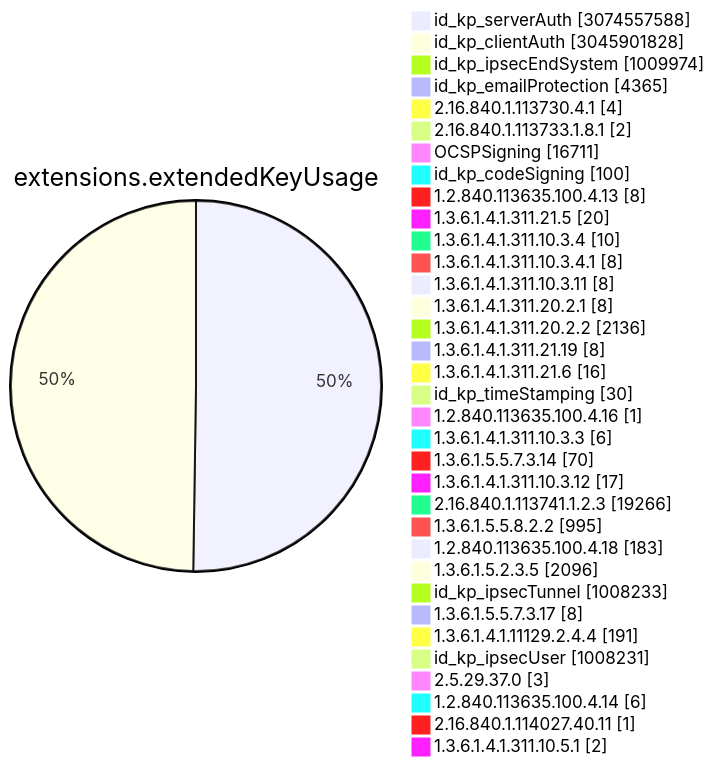
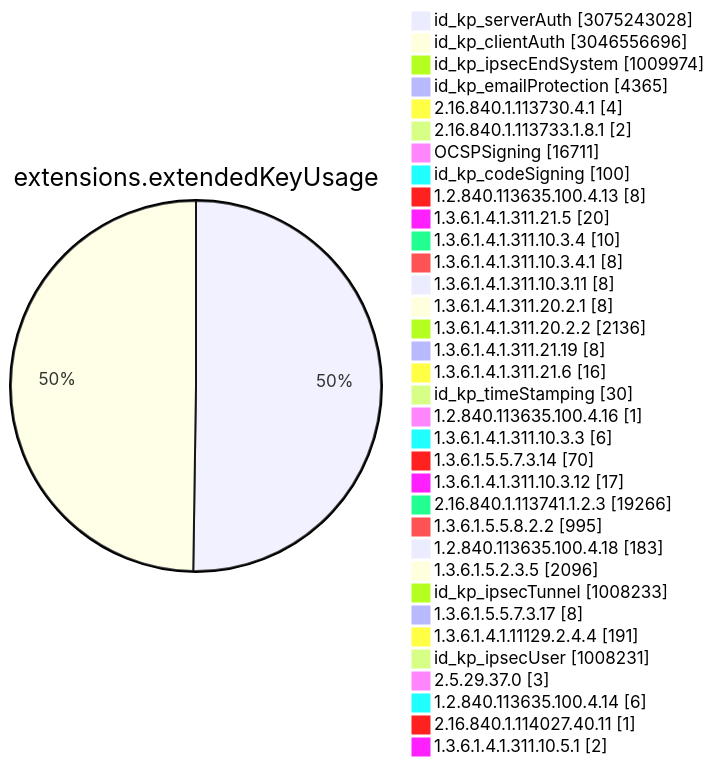
Before and after one commit to christiankrug/ctmonitor_visualization: diagram 11 of 15 in TOTAL/README.md, drawn with Mermaid. The commit also changed other lines of this file, not shown here.

````diff
--- a/TOTAL/README.md
+++ b/TOTAL/README.md
@@ -4117,38 +4117,38 @@
 ```mermaid
 pie showData
 title extensions.extendedKeyUsage
-"id_kp_serverAuth" :3074557588
-"id_kp_clientAuth" :3045901828
+"id_kp_serverAuth" :3075243028
+"id_kp_clientAuth" :3046556696
 "id_kp_ipsecEndSystem" :1009974
 "id_kp_emailProtection" :4365
 "2.16.840.1.113730.4.1" :4
 "2.16.840.1.113733.1.8.1" :2
 "OCSPSigning" :16711
 "id_kp_codeSigning" :100
 "1.2.840.113635.100.4.13" :8
 "1.3.6.1.4.1.311.21.5" :20
 "1.3.6.1.4.1.311.10.3.4" :10
 "1.3.6.1.4.1.311.10.3.4.1" :8
 "1.3.6.1.4.1.311.10.3.11" :8
 "1.3.6.1.4.1.311.20.2.1" :8
 "1.3.6.1.4.1.311.20.2.2" :2136
 "1.3.6.1.4.1.311.21.19" :8
 "1.3.6.1.4.1.311.21.6" :16
 "id_kp_timeStamping" :30
 "1.2.840.113635.100.4.16" :1
 "1.3.6.1.4.1.311.10.3.3" :6
 "1.3.6.1.5.5.7.3.14" :70
 "1.3.6.1.4.1.311.10.3.12" :17
 "2.16.840.1.113741.1.2.3" :19266
 "1.3.6.1.5.5.8.2.2" :995
 "1.2.840.113635.100.4.18" :183
 "1.3.6.1.5.2.3.5" :2096
 "id_kp_ipsecTunnel" :1008233
 "1.3.6.1.5.5.7.3.17" :8
 "1.3.6.1.4.1.11129.2.4.4" :191
 "id_kp_ipsecUser" :1008231
 "2.5.29.37.0" :3
 "1.2.840.113635.100.4.14" :6
 "2.16.840.1.114027.40.11" :1
 "1.3.6.1.4.1.311.10.5.1" :2
 ```
````
